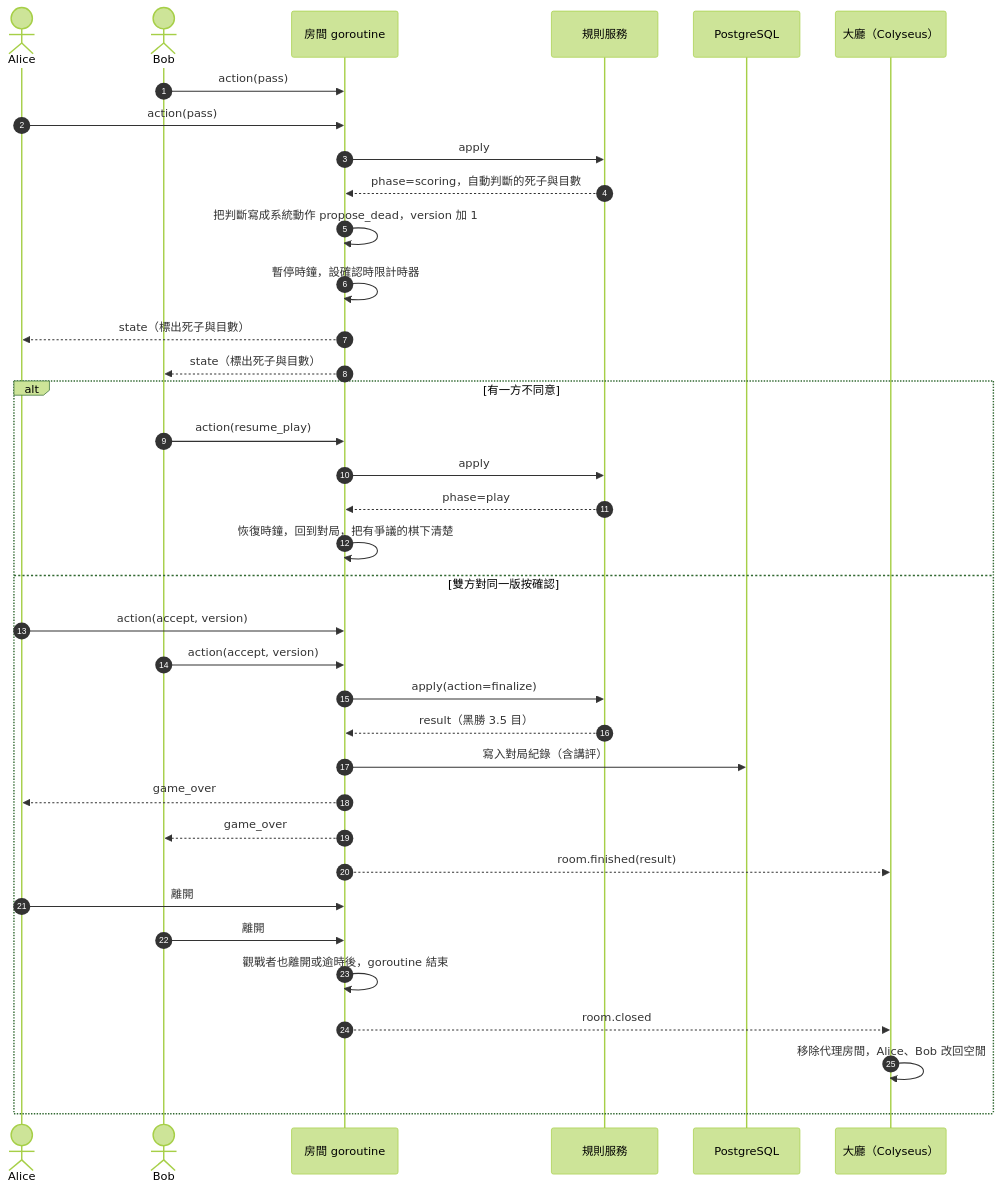
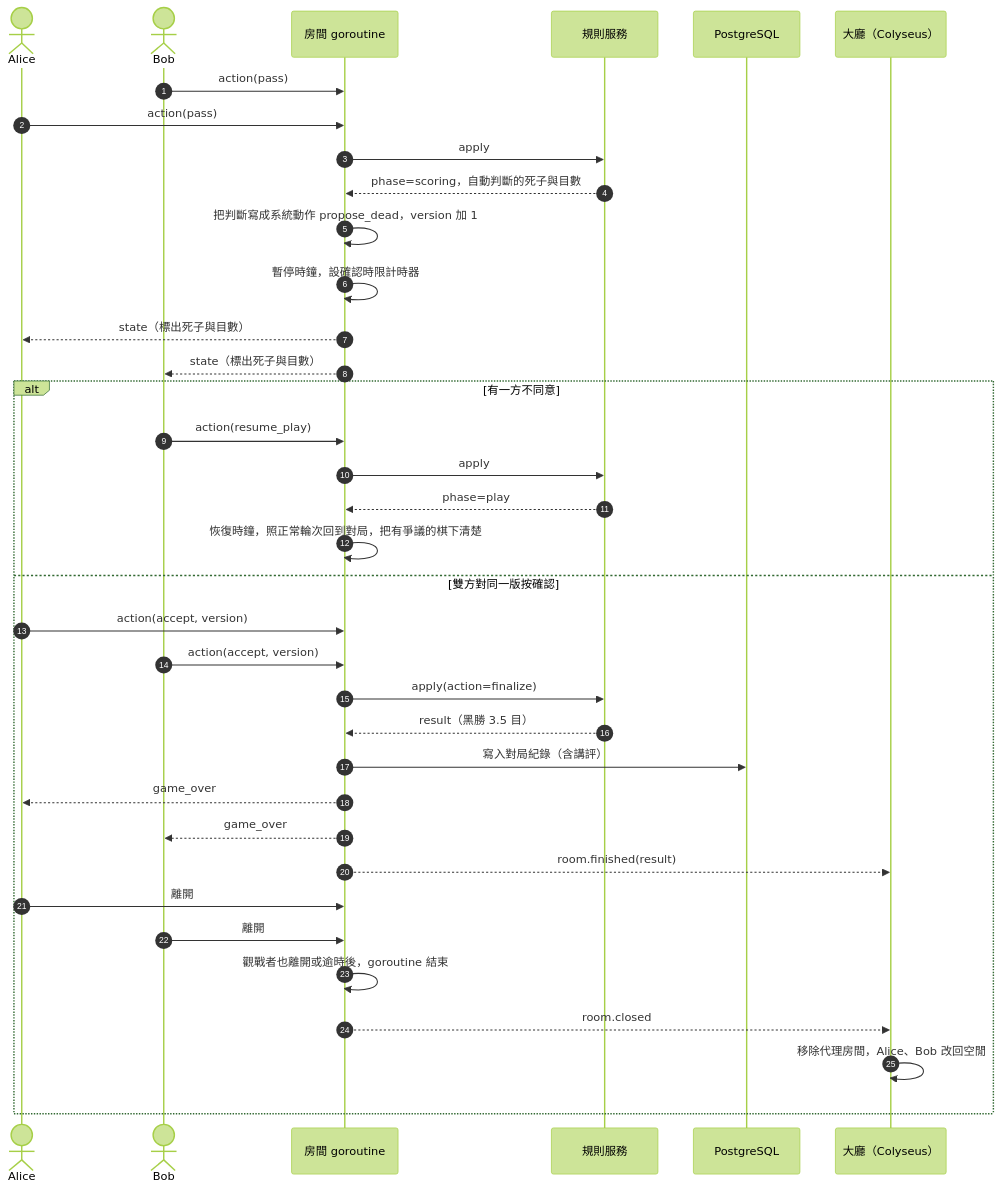
One commit to yshsu0918/yi-arena changed the fifth of 5 diagrams in docs/arch2.md. Above: the diagram before and after it, drawn with Mermaid (forest theme). The commit also changed other lines of this file, not shown here.

````diff
--- a/docs/arch2.md
+++ b/docs/arch2.md
@@ -322,39 +330,39 @@
 ```mermaid
 sequenceDiagram
   autonumber
   actor A as Alice
   actor B as Bob
   participant R as 房間 goroutine
   participant S as 規則服務
   participant DB as PostgreSQL
   participant L as 大廳（Colyseus）
 
   B->>R: action(pass)
   A->>R: action(pass)
   R->>S: apply
   S-->>R: phase=scoring，自動判斷的死子與目數
   R->>R: 把判斷寫成系統動作 propose_dead，version 加 1
   R->>R: 暫停時鐘，設確認時限計時器
   R-->>A: state（標出死子與目數）
   R-->>B: state（標出死子與目數）
   alt 有一方不同意
     B->>R: action(resume_play)
     R->>S: apply
     S-->>R: phase=play
-    R->>R: 恢復時鐘，回到對局，把有爭議的棋下清楚
+    R->>R: 恢復時鐘，照正常輪次回到對局，把有爭議的棋下清楚
   else 雙方對同一版按確認
     A->>R: action(accept, version)
     B->>R: action(accept, version)
     R->>S: apply(action=finalize)
     S-->>R: result（黑勝 3.5 目）
     R->>DB: 寫入對局紀錄（含講評）
     R-->>A: game_over
     R-->>B: game_over
     R-->>L: room.finished(result)
     A->>R: 離開
     B->>R: 離開
     R->>R: 觀戰者也離開或逾時後，goroutine 結束
     R-->>L: room.closed
     L->>L: 移除代理房間，Alice、Bob 改回空閒
   end
 ```
````
